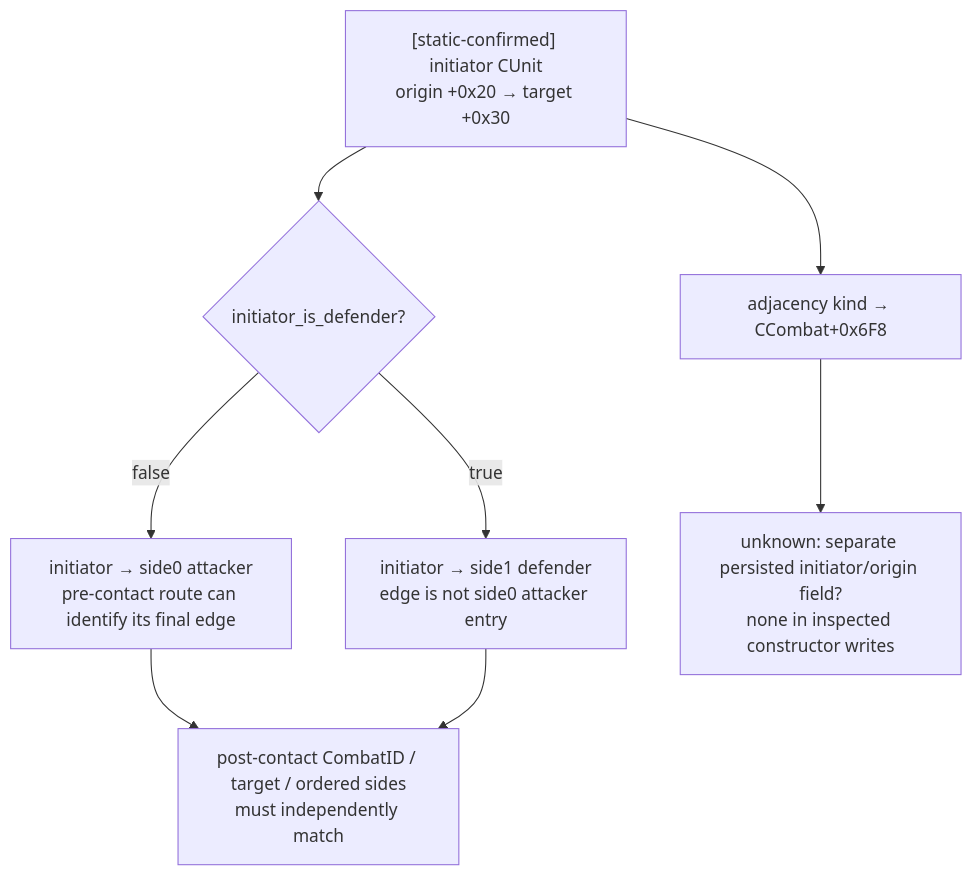
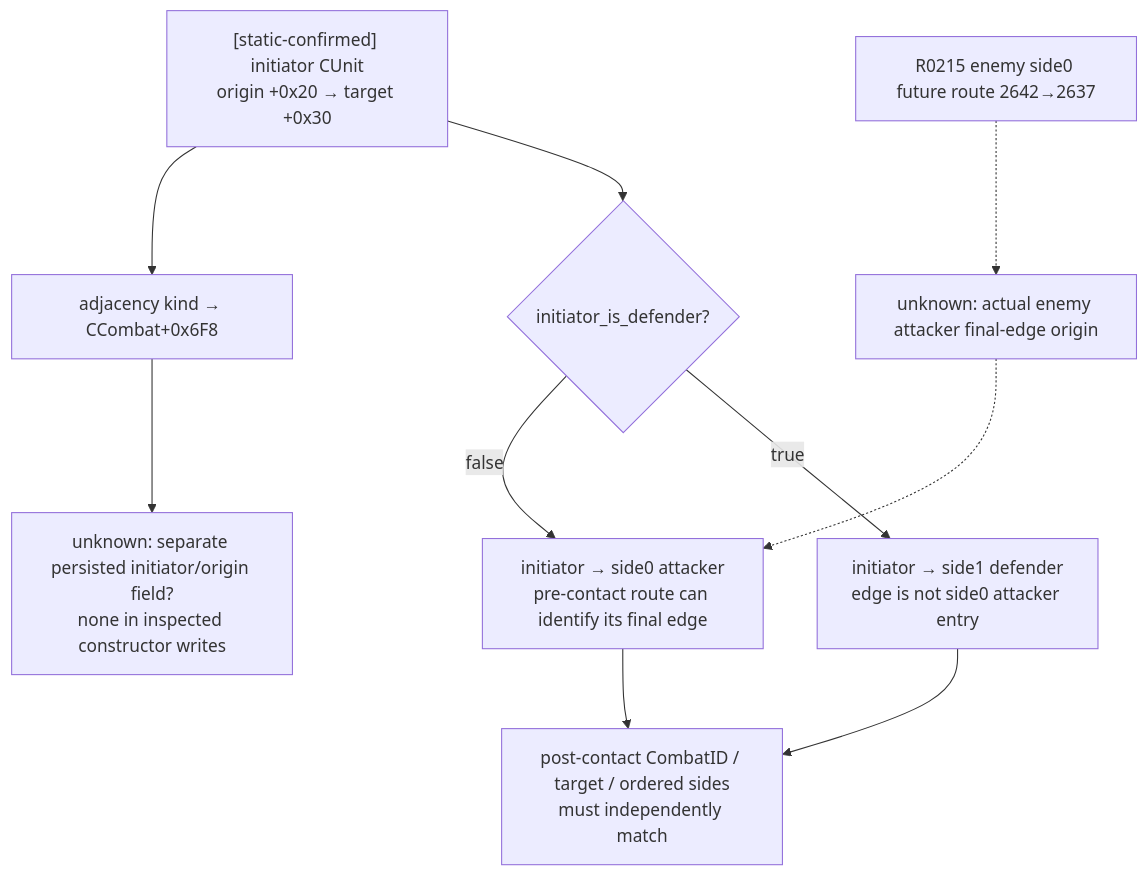
The second of 3 diagrams in docs/ck3-native-ai/actual-contact-scope.md (XenoAmess/ck3_eternal_recurrence), drawn with Mermaid before and after one commit. The commit also changed other lines of this file and 10 other files, not shown here.

````diff
--- a/docs/ck3-native-ai/actual-contact-scope.md
+++ b/docs/ck3-native-ai/actual-contact-scope.md
@@ -380,10 +388,12 @@
 ```mermaid
 flowchart TD
     M["[static-confirmed] initiator CUnit<br/>origin +0x20 → target +0x30"] --> K["adjacency kind → CCombat+0x6F8"]
     M --> P{"initiator_is_defender?"}
     P -->|false| A["initiator → side0 attacker<br/>pre-contact route can identify its final edge"]
     P -->|true| D["initiator → side1 defender<br/>edge is not side0 attacker entry"]
     K --> U["unknown: separate persisted initiator/origin field?<br/>none in inspected constructor writes"]
     A --> C["post-contact CombatID / target / ordered sides<br/>must independently match"]
     D --> C
+    F["R0215 enemy side0 future route 2642→2637"] -.-> E["unknown: actual enemy attacker final-edge origin"]
+    E -.-> A
 ```
````
